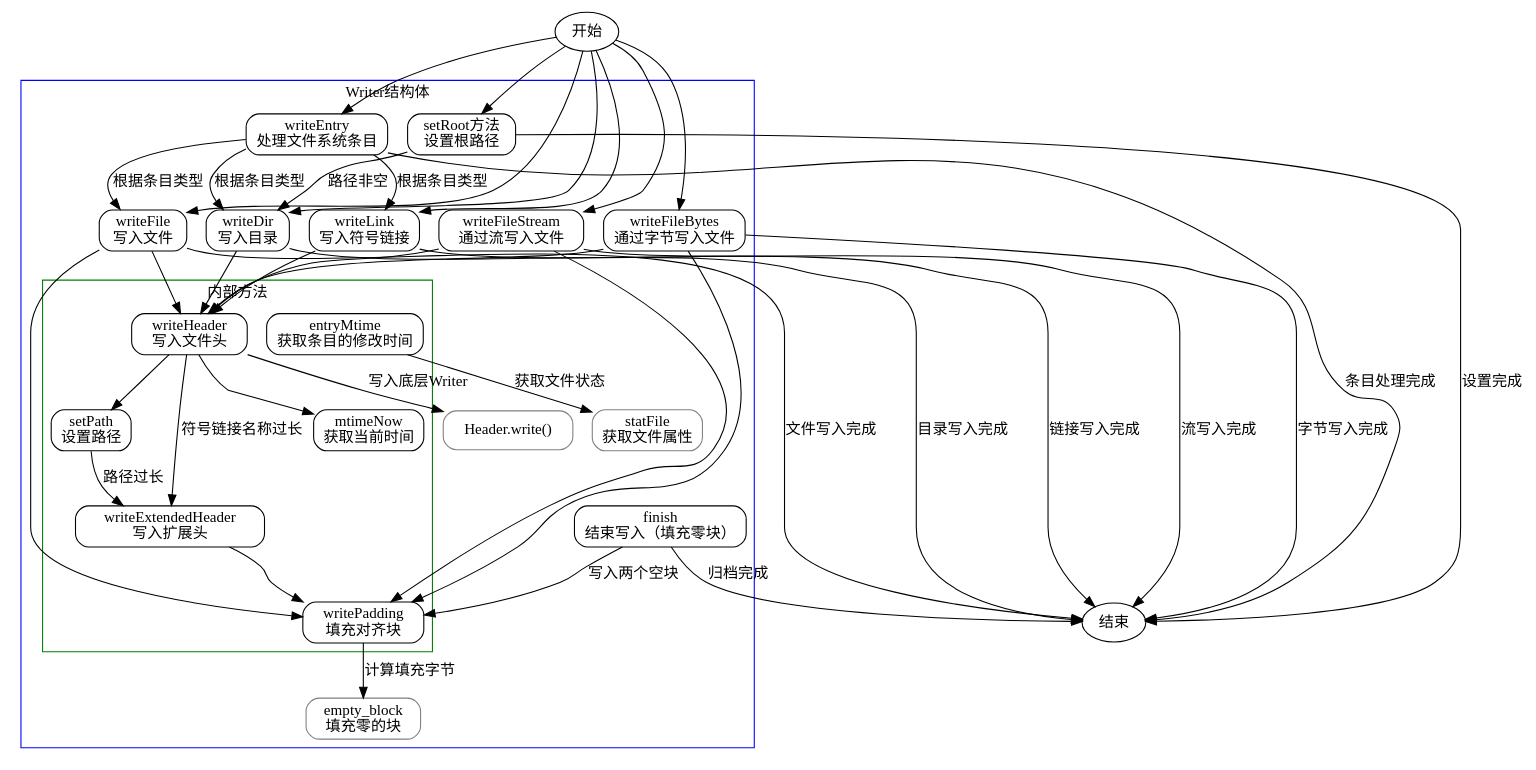
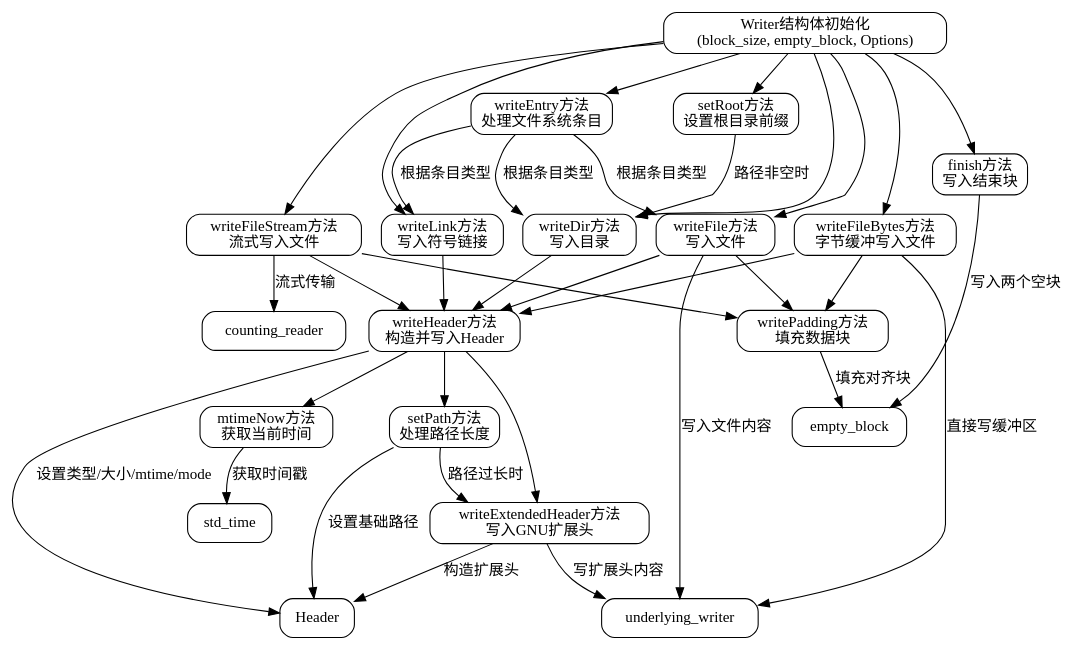
The diagram in dot_std/tar/writer.zig.Writer.md (sdzx-1/deepseek-zig-reader), drawn with Graphviz before and after one commit. The commit also changed other lines of this file and 236 other files, not shown here.

Commit message:
update dot_std

````diff
--- a/dot_std/tar/writer.zig.Writer.md
+++ b/dot_std/tar/writer.zig.Writer.md
@@ -22,70 +15,58 @@
-```dot
-digraph WriterFlowchart {
+```graphviz
+digraph TarWriterFlow {
     rankdir=TB;
     node [shape=rectangle, style=rounded];
 
-    start [label="开始", shape=ellipse];
-    end [label="结束", shape=ellipse];
+    // 入口节点
+    Writer [label="Writer结构体初始化\n(block_size, empty_block, Options)"];
+    
+    // 主要方法节点
+    setRoot [label="setRoot方法\n设置根目录前缀"];
+    writeDir [label="writeDir方法\n写入目录"];
+    writeFile [label="writeFile方法\n写入文件"];
+    writeFileStream [label="writeFileStream方法\n流式写入文件"];
+    writeFileBytes [label="writeFileBytes方法\n字节缓冲写入文件"];
+    writeLink [label="writeLink方法\n写入符号链接"];
+    writeEntry [label="writeEntry方法\n处理文件系统条目"];
+    finish [label="finish方法\n写入结束块"];
 
-    subgraph cluster_Writer {
-        label="Writer结构体";
-        color=blue;
+    // 内部函数节点
+    writeHeader [label="writeHeader方法\n构造并写入Header"];
+    setPath [label="setPath方法\n处理路径长度"];
+    writeExtendedHeader [label="writeExtendedHeader方法\n写入GNU扩展头"];
+    writePadding [label="writePadding方法\n填充数据块"];
+    mtimeNow [label="mtimeNow方法\n获取当前时间"];
 
-        setRoot [label="setRoot方法\n设置根路径"];
-        writeDir [label="writeDir\n写入目录"];
-        writeFile [label="writeFile\n写入文件"];
-        writeFileStream [label="writeFileStream\n通过流写入文件"];
-        writeFileBytes [label="writeFileBytes\n通过字节写入文件"];
-        writeLink [label="writeLink\n写入符号链接"];
-        writeEntry [label="writeEntry\n处理文件系统条目"];
-        finish [label="finish\n结束写入（填充零块）"];
+    // 结构关系
+    Writer -> {setRoot writeDir writeFile writeFileStream writeFileBytes writeLink writeEntry finish};
 
-        subgraph cluster_internal {
-            label="内部方法";
-            color=green;
+    // 方法调用流程
+    setRoot -> writeDir [label="路径非空时"];
+    writeDir -> writeHeader;
+    writeFile -> {writeHeader, writePadding};
+    writeFileStream -> {writeHeader, writePadding};
+    writeFileBytes -> {writeHeader, writePadding};
+    writeLink -> writeHeader;
+    writeEntry -> {writeDir, writeFile, writeLink} [label="根据条目类型"];
+    
+    // Header处理流程
+    writeHeader -> {setPath, mtimeNow, writeExtendedHeader};
+    setPath -> writeExtendedHeader [label="路径过长时"];
+    writeHeader -> Header [label="设置类型/大小/mtime/mode"];
 
-            writeHeader [label="writeHeader\n写入文件头"];
-            setPath [label="setPath\n设置路径"];
-            writeExtendedHeader [label="writeExtendedHeader\n写入扩展头"];
-            writePadding [label="writePadding\n填充对齐块"];
-            mtimeNow [label="mtimeNow\n获取当前时间"];
-            entryMtime [label="entryMtime\n获取条目的修改时间"];
-        }
+    // 数据写入流程
+    writeFile -> underlying_writer [label="写入文件内容"];
+    writeFileStream -> counting_reader [label="流式传输"];
+    writeFileBytes -> underlying_writer [label="直接写缓冲区"];
+    writeExtendedHeader -> underlying_writer [label="写扩展头内容"];
+    writePadding -> empty_block [label="填充对齐块"];
 
-        // 公共方法调用关系
-        setRoot -> writeDir [label="路径非空"];
-        writeDir -> writeHeader;
-        writeFile -> writeHeader, writePadding;
-        writeFileStream -> writeHeader, writePadding;
-        writeFileBytes -> writeHeader, writePadding;
-        writeLink -> writeHeader;
-        writeEntry -> writeDir, writeFile, writeLink [label="根据条目类型"];
-        finish -> writePadding [label="写入两个空块"];
+    // 结束流程
+    finish -> empty_block [label="写入两个空块"];
 
-        // 内部方法调用关系
-        writeHeader -> setPath, mtimeNow;
-        setPath -> writeExtendedHeader [label="路径过长"];
-        writeExtendedHeader -> writePadding;
-        writeHeader -> writeExtendedHeader [label="符号链接名称过长"];
-        writeHeader -> Header_write [label="写入底层Writer"];
-        writePadding -> empty_block [label="计算填充字节"];
-        entryMtime -> statFile [label="获取文件状态"];
-    }
-
-    // 外部接口
-    start -> setRoot, writeDir, writeFile, writeFileStream, writeFileBytes, writeLink, writeEntry;
-    setRoot -> end [label="设置完成"];
-    writeDir -> end [label="目录写入完成"];
-    writeFile -> end [label="文件写入完成"];
-    writeFileStream -> end [label="流写入完成"];
-    writeFileBytes -> end [label="字节写入完成"];
-    writeLink -> end [label="链接写入完成"];
-    writeEntry -> end [label="条目处理完成"];
-    finish -> end [label="归档完成"];
-
-    // 底层操作节点（简化）
-    Header_write [label="Header.write()", shape=box, color=grey];
-    empty_block [label="empty_block\n填充零的块", shape=box, color=grey];
-    statFile [label="statFile\n获取文件属性", shape=box, color=grey];
+    // 内部工具方法
+    mtimeNow -> std_time [label="获取时间戳"];
+    setPath -> Header [label="设置基础路径"];
+    writeExtendedHeader -> Header [label="构造扩展头"];
 }
 ```
````
